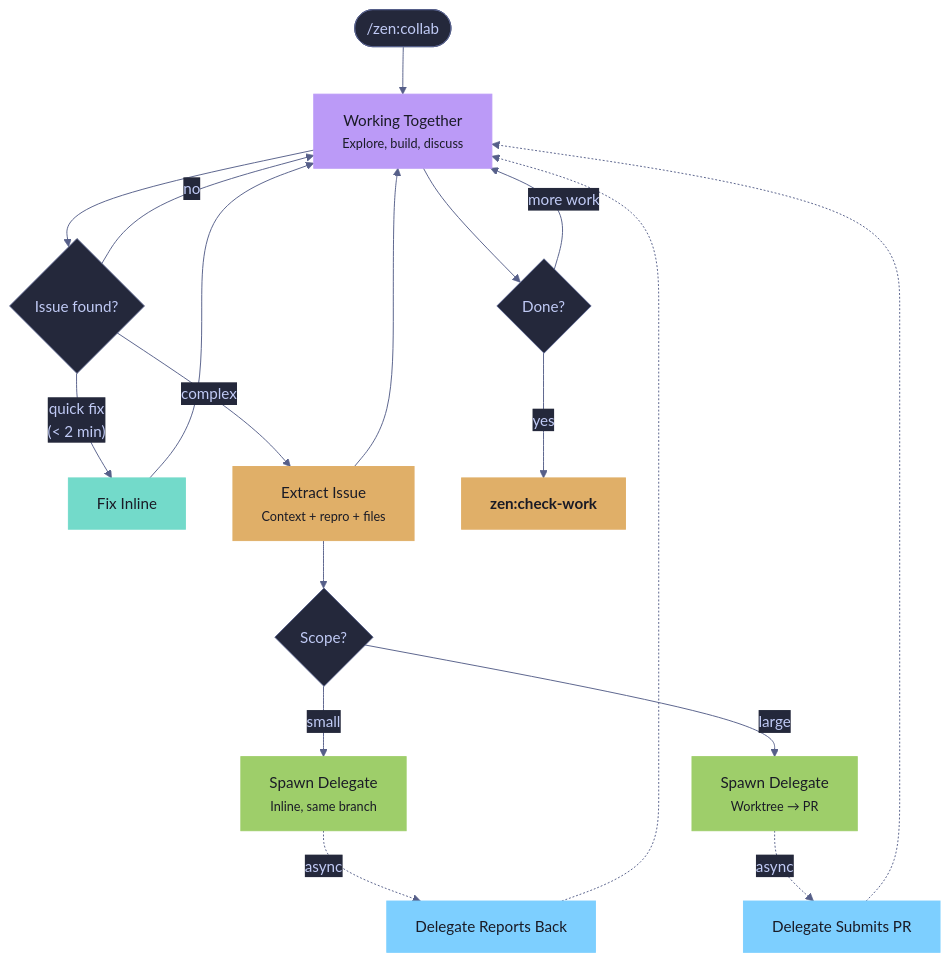
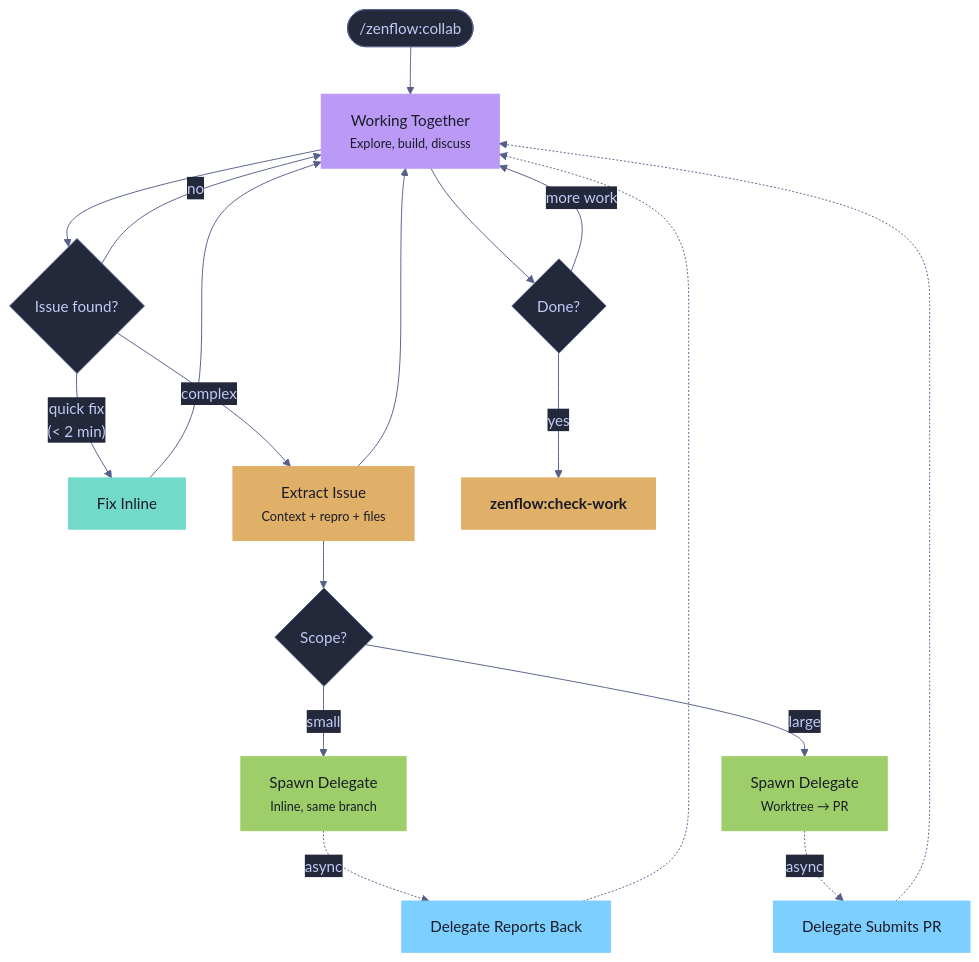
The fifth of 6 diagrams in plugins/zenflow/README.md (brewpirate/zen-flow), drawn with Mermaid before and after one commit. The commit also changed other lines of this file and 46 other files, not shown here.

````diff
--- a/plugins/zenflow/README.md
+++ b/plugins/zenflow/README.md
@@ -400,36 +410,36 @@
 ```mermaid
 %%{init: {'theme': 'base', 'themeVariables': { 'primaryColor': '#1a1b26', 'primaryTextColor': '#c0caf5', 'lineColor': '#565f89', 'secondaryColor': '#24283b', 'tertiaryColor': '#24283b' }}}%%
 flowchart TD
-    start(["/zen:collab"]) --> work
+    start(["/zenflow:collab"]) --> work
     work["Working Together<br/><small>Explore, build, discuss</small>"]
     work --> issue{"Issue found?"}
     issue -->|"quick fix<br/>(< 2 min)"| inline["Fix Inline"]
     inline --> work
     issue -->|"complex"| extract["Extract Issue<br/><small>Context + repro + files</small>"]
     extract --> delegateType{"Scope?"}
     delegateType -->|small| inlineDelegate["Spawn Delegate<br/><small>Inline, same branch</small>"]
     delegateType -->|large| worktreeDelegate["Spawn Delegate<br/><small>Worktree → PR</small>"]
     inlineDelegate -.->|async| result["Delegate Reports Back"]
     worktreeDelegate -.->|async| pr["Delegate Submits PR"]
     extract --> work
     result -.-> work
     pr -.-> work
     issue -->|no| work
 
     work --> finish{Done?}
     finish -->|more work| work
-    finish -->|yes| check["<b>zen:check-work</b>"]
+    finish -->|yes| check["<b>zenflow:check-work</b>"]
 
     style start fill:#24283b,color:#c0caf5,stroke:#565f89
     style work fill:#bb9af7,color:#1a1b26,stroke:#bb9af7
     style issue fill:#24283b,color:#c0caf5,stroke:#565f89
     style inline fill:#73daca,color:#1a1b26,stroke:#73daca
     style extract fill:#e0af68,color:#1a1b26,stroke:#e0af68
     style delegateType fill:#24283b,color:#c0caf5,stroke:#565f89
     style inlineDelegate fill:#9ece6a,color:#1a1b26,stroke:#9ece6a
     style worktreeDelegate fill:#9ece6a,color:#1a1b26,stroke:#9ece6a
     style result fill:#7dcfff,color:#1a1b26,stroke:#7dcfff
     style pr fill:#7dcfff,color:#1a1b26,stroke:#7dcfff
     style finish fill:#24283b,color:#c0caf5,stroke:#565f89
     style check fill:#e0af68,color:#1a1b26,stroke:#e0af68
 ```
````
